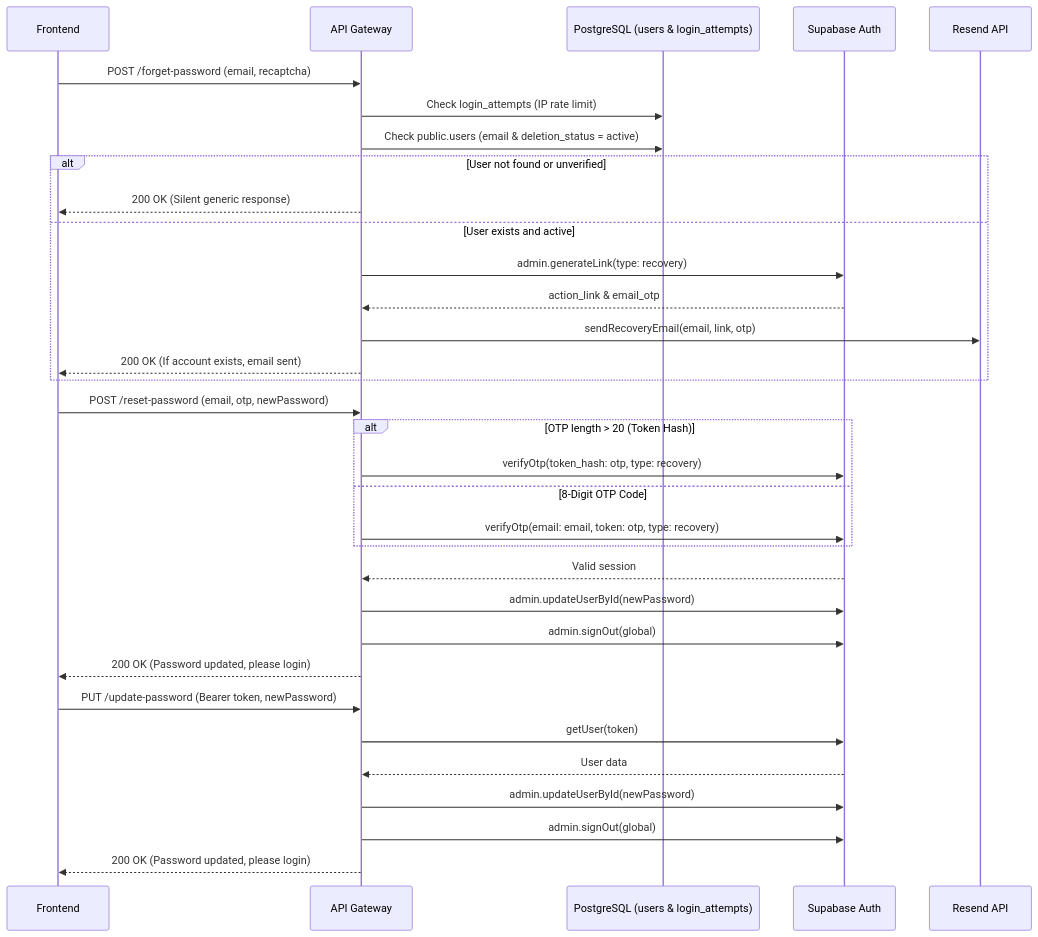
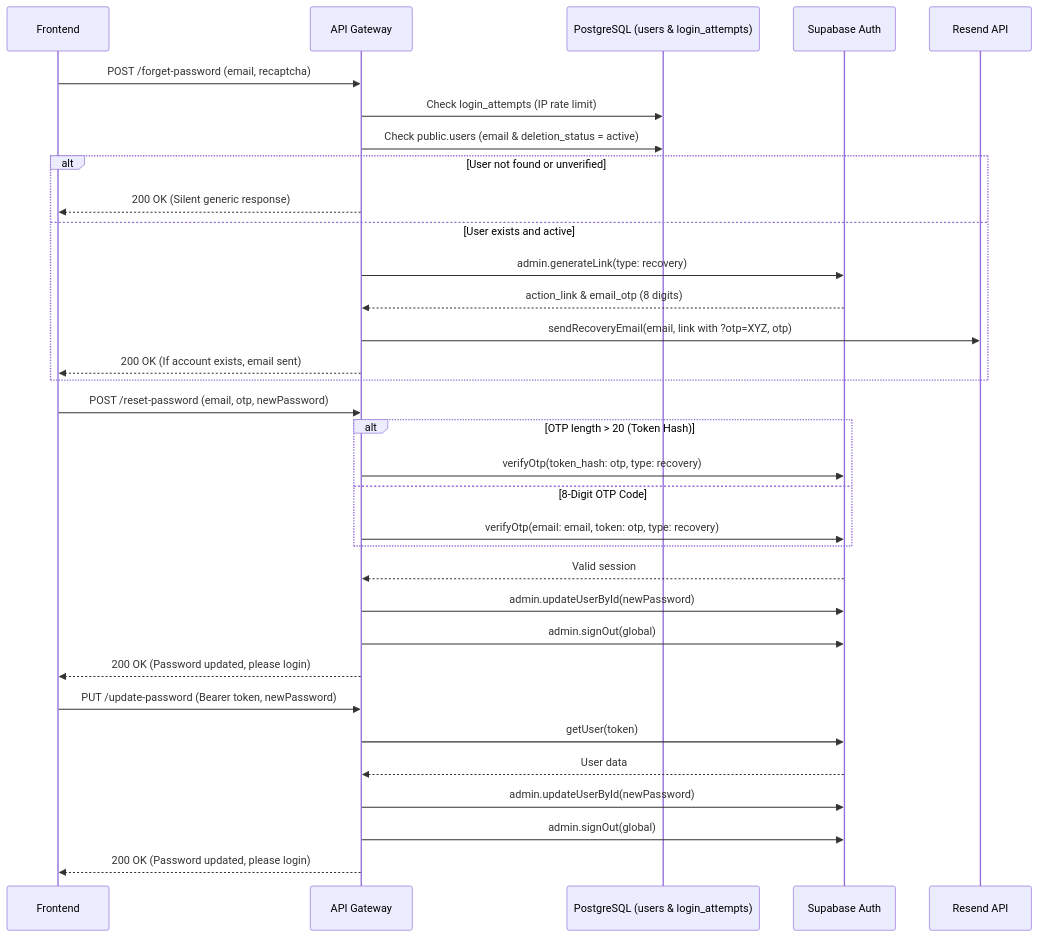
One commit to kanzhamada/Dokyudo changed the diagram in docs/backend/auth-password-reset.md. Above: the diagram before and after it, drawn with Mermaid. The commit also changed other lines of this file, not shown here.

First line of the commit message:
Embed 8-digit OTP into password recovery URL for auto-fill

````diff
--- a/docs/backend/auth-password-reset.md
+++ b/docs/backend/auth-password-reset.md
@@ -22,41 +22,41 @@
 ```mermaid
 sequenceDiagram
     participant Client as Frontend
     participant GW as API Gateway
     participant DB as PostgreSQL (users & login_attempts)
     participant Supabase as Supabase Auth
     participant Resend as Resend API
 
     %% Forget Password Flow
     Client->>GW: POST /forget-password (email, recaptcha)
     GW->>DB: Check login_attempts (IP rate limit)
     GW->>DB: Check public.users (email & deletion_status = active)
     alt User not found or unverified
         GW-->>Client: 200 OK (Silent generic response)
     else User exists and active
         GW->>Supabase: admin.generateLink(type: recovery)
-        Supabase-->>GW: action_link & email_otp
-        GW->>Resend: sendRecoveryEmail(email, link, otp)
+        Supabase-->>GW: action_link & email_otp (8 digits)
+        GW->>Resend: sendRecoveryEmail(email, link with ?otp=XYZ, otp)
         GW-->>Client: 200 OK (If account exists, email sent)
     end
 
-    %% Reset via OTP (Manual Entry)
+    %% Reset via OTP (Manual Entry or Magic Link auto-fill)
     Client->>GW: POST /reset-password (email, otp, newPassword)
     alt OTP length > 20 (Token Hash)
         GW->>Supabase: verifyOtp(token_hash: otp, type: recovery)
     else 8-Digit OTP Code
         GW->>Supabase: verifyOtp(email: email, token: otp, type: recovery)
     end
     Supabase-->>GW: Valid session
     GW->>Supabase: admin.updateUserById(newPassword)
     GW->>Supabase: admin.signOut(global)
     GW-->>Client: 200 OK (Password updated, please login)
 
-    %% Update via Bearer Token (Magic Link Click or Profile Page)
+    %% Update via Bearer Token (Profile Page)
     Client->>GW: PUT /update-password (Bearer token, newPassword)
     GW->>Supabase: getUser(token)
     Supabase-->>GW: User data
     GW->>Supabase: admin.updateUserById(newPassword)
     GW->>Supabase: admin.signOut(global)
     GW-->>Client: 200 OK (Password updated, please login)
 ```
````
